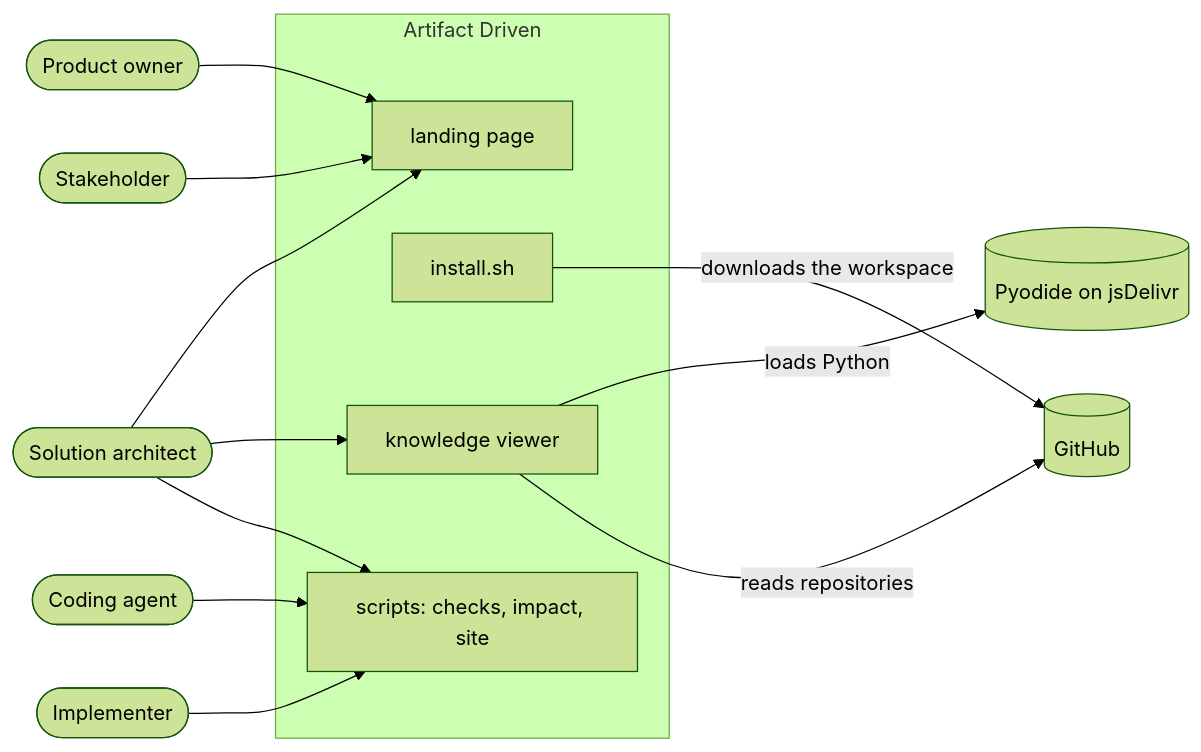
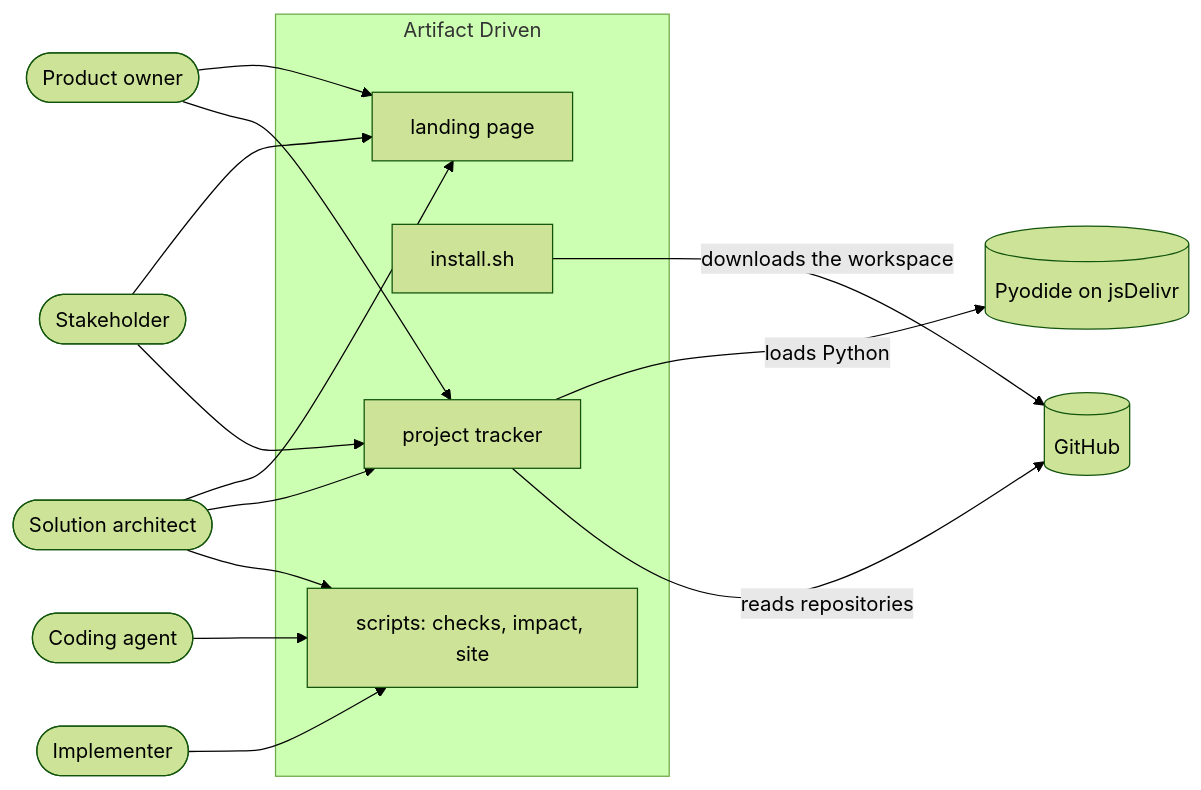
The diagram in docs/software-knowledges/system/context.md (hieutran21198/Artifact-Driven-Framework), drawn with Mermaid (forest theme) before and after one commit. The commit also changed other lines of this file and 12 other files, not shown here.

Commit message:
Write goal VIEW: the project tracker's knowledge, with artifact tracker and CFG-6 (#12)

````diff
--- a/docs/software-knowledges/system/context.md
+++ b/docs/software-knowledges/system/context.md
@@ -8,25 +8,25 @@
 ```mermaid
 flowchart LR
     architect([Solution architect])
     dev([Implementer])
     agent([Coding agent])
     stakeholder([Stakeholder])
     owner([Product owner])
 
     subgraph framework [Artifact Driven]
         landing[landing page]
         install[install.sh]
         scripts[scripts: checks, impact, site]
-        viewer[knowledge viewer]
+        tracker[project tracker]
     end
 
     github[(GitHub)]
     pyodide[(Pyodide on jsDelivr)]
 
     architect & dev & agent --> scripts
-    architect --> viewer
+    stakeholder & owner & architect --> tracker
     stakeholder & owner & architect --> landing
     install -- "downloads the workspace" --> github
-    viewer -- "reads repositories" --> github
-    viewer -- "loads Python" --> pyodide
+    tracker -- "reads repositories" --> github
+    tracker -- "loads Python" --> pyodide
 ```
````
